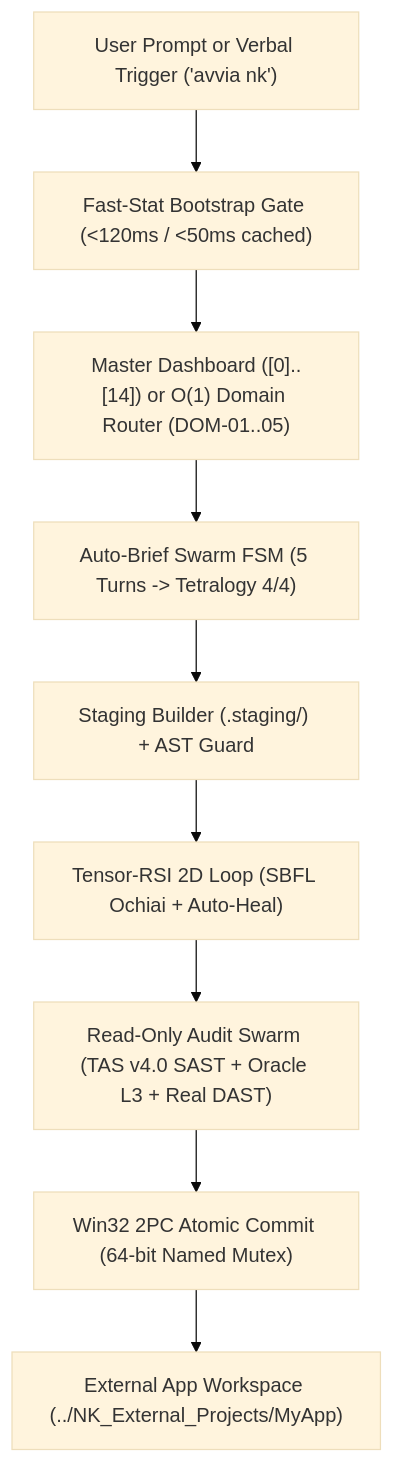
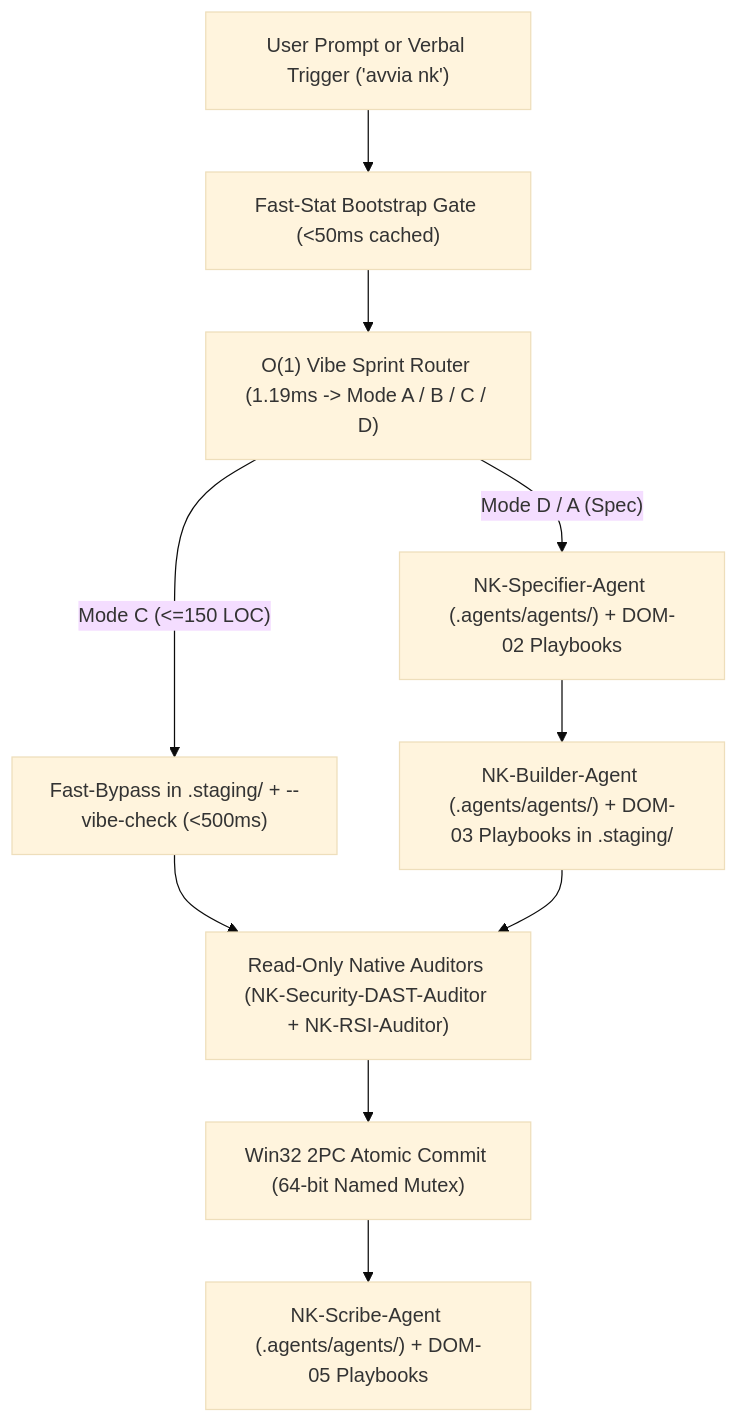
One commit to erbaldo86/NK-Hub changed the first of 2 diagrams in README.md. Above: the diagram before and after it, drawn with Mermaid (base theme). The commit also changed other lines of this file and 47 other files, not shown here.

Commit message:
Release v4.0.0-Native-Swarm-Playbooks: Router O(1), 5 Sub-Agenti Nativi e 16 Playbook Procedurali

````diff
--- a/README.md
+++ b/README.md
@@ -74,11 +80,12 @@
 ```mermaid
 flowchart TD
-    U["User Prompt or Verbal Trigger ('avvia nk')"] --> B["Fast-Stat Bootstrap Gate (<120ms / <50ms cached)"]
-    B --> M["Master Dashboard ([0]..[14]) or O(1) Domain Router (DOM-01..05)"]
-    M --> P["Auto-Brief Swarm FSM (5 Turns -> Tetralogy 4/4)"]
-    P --> S["Staging Builder (.staging/) + AST Guard"]
-    S --> R["Tensor-RSI 2D Loop (SBFL Ochiai + Auto-Heal)"]
-    R --> A["Read-Only Audit Swarm (TAS v4.0 SAST + Oracle L3 + Real DAST)"]
-    A --> C["Win32 2PC Atomic Commit (64-bit Named Mutex)"]
-    C --> E["External App Workspace (../NK_External_Projects/MyApp)"]
+    U["User Prompt or Verbal Trigger ('avvia nk')"] --> B["Fast-Stat Bootstrap Gate (<50ms cached)"]
+    B --> R["O(1) Vibe Sprint Router (1.19ms -> Mode A / B / C / D)"]
+    R -->|"Mode C (<=150 LOC)"| FB["Fast-Bypass in .staging/ + --vibe-check (<500ms)"]
+    R -->|"Mode D / A (Spec)"| A1["NK-Specifier-Agent (.agents/agents/) + DOM-02 Playbooks"]
+    A1 --> A2["NK-Builder-Agent (.agents/agents/) + DOM-03 Playbooks in .staging/"]
+    FB --> A3["Read-Only Native Auditors (NK-Security-DAST-Auditor + NK-RSI-Auditor)"]
+    A2 --> A3
+    A3 --> C["Win32 2PC Atomic Commit (64-bit Named Mutex)"]
+    C --> A4["NK-Scribe-Agent (.agents/agents/) + DOM-05 Playbooks"]
 ```
````
